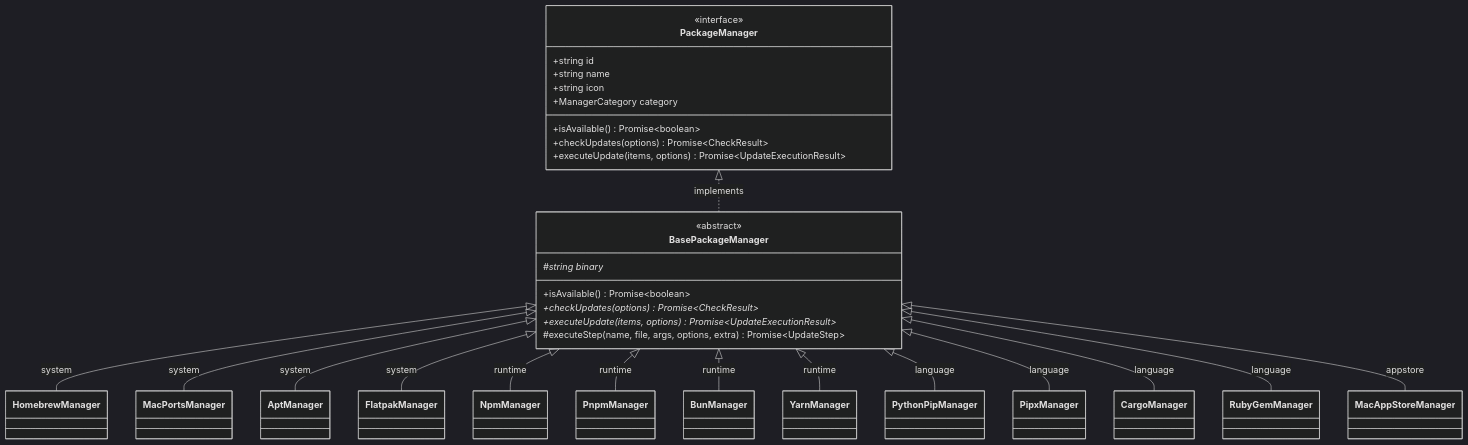
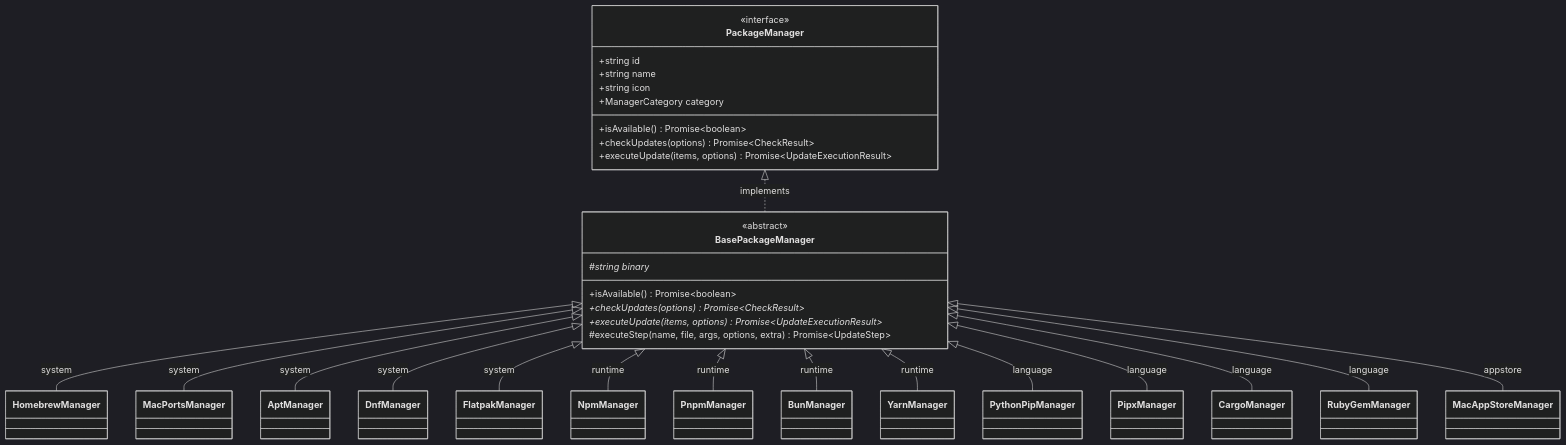
Before and after one commit to dahch/heimdall: the third of 5 diagrams in DESIGN.md, drawn with Mermaid (dark theme). The commit also changed other lines of this file and 4 other files, not shown here.

Commit message:
docs: document DNF manager architecture, ADR-010, and updated specifications

````diff
--- a/DESIGN.md
+++ b/DESIGN.md
@@ -143,41 +143,42 @@
 ```mermaid
 classDiagram
     class PackageManager {
         <<interface>>
         +string id
         +string name
         +string icon
         +ManagerCategory category
         +isAvailable() Promise~boolean~
         +checkUpdates(options) Promise~CheckResult~
         +executeUpdate(items, options) Promise~UpdateExecutionResult~
     }
 
     class BasePackageManager {
         <<abstract>>
         #string binary*
         +isAvailable() Promise~boolean~
         +checkUpdates(options)* Promise~CheckResult~
         +executeUpdate(items, options)* Promise~UpdateExecutionResult~
         #executeStep(name, file, args, options, extra) Promise~UpdateStep~
     }
 
     PackageManager <|.. BasePackageManager : implements
 
     BasePackageManager <|-- HomebrewManager : system
     BasePackageManager <|-- MacPortsManager : system
     BasePackageManager <|-- AptManager : system
+    BasePackageManager <|-- DnfManager : system
     BasePackageManager <|-- FlatpakManager : system
 
     BasePackageManager <|-- NpmManager : runtime
     BasePackageManager <|-- PnpmManager : runtime
     BasePackageManager <|-- BunManager : runtime
     BasePackageManager <|-- YarnManager : runtime
 
     BasePackageManager <|-- PythonPipManager : language
     BasePackageManager <|-- PipxManager : language
     BasePackageManager <|-- CargoManager : language
     BasePackageManager <|-- RubyGemManager : language
 
     BasePackageManager <|-- MacAppStoreManager : appstore
 ```
````
